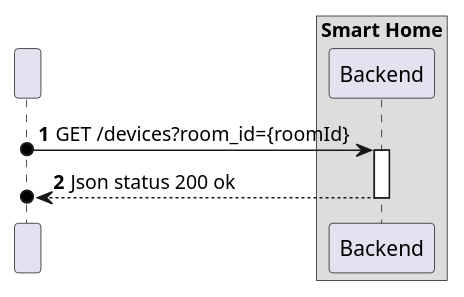
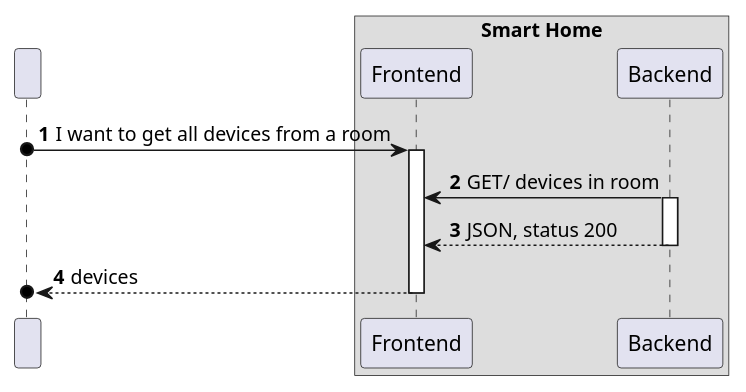
The diagram in docs/ooa/C4_4plus1_models/Level2/ProcessView/ProcessViewLevel2_UC06.puml (olivDiogo/SmartHome), drawn with PlantUML before and after one commit. The commit also changed 11 other files, not shown here.

Commit message:
docs: updates on process view level 2 and 3 diagrams

```diff
--- a/docs/ooa/C4_4plus1_models/Level2/ProcessView/ProcessViewLevel2_UC06.puml
+++ b/docs/ooa/C4_4plus1_models/Level2/ProcessView/ProcessViewLevel2_UC06.puml
@@ -1,19 +1,26 @@
 @startuml
 'https://plantuml.com/sequence-diagram
 !pragma layout smetana
 
 autonumber
 
 
 participant " " as HTTP
 box "Smart Home"
+    participant "Frontend" as FE
     participant "Backend" as BE
 end box
 
-HTTP o-> BE : GET /devices?room_id={roomId}
+HTTP o-> FE : I want to get all devices from a room
+activate FE
+
+BE -> FE: GET/ devices in room
 activate BE
 
-BE -->o HTTP : Json status 200 ok
+BE --> FE : JSON, status 200
 deactivate BE
 
+FE -->o HTTP : devices
+deactivate FE
+
 @enduml
```
